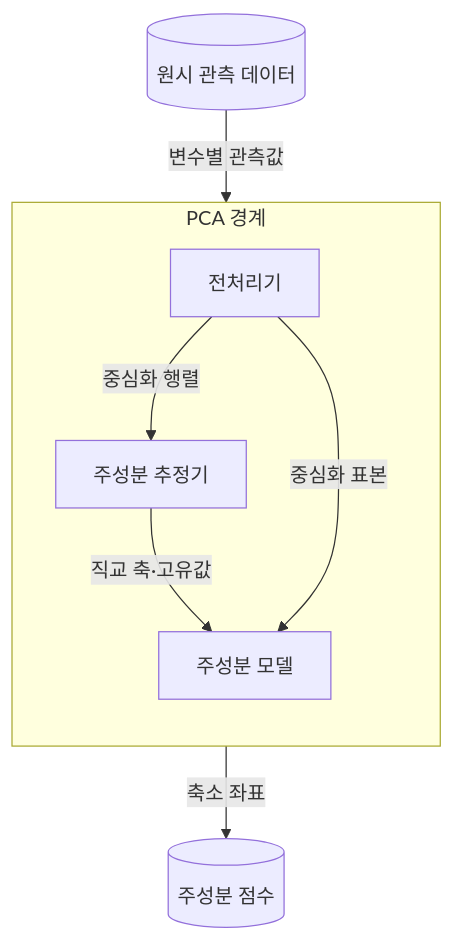
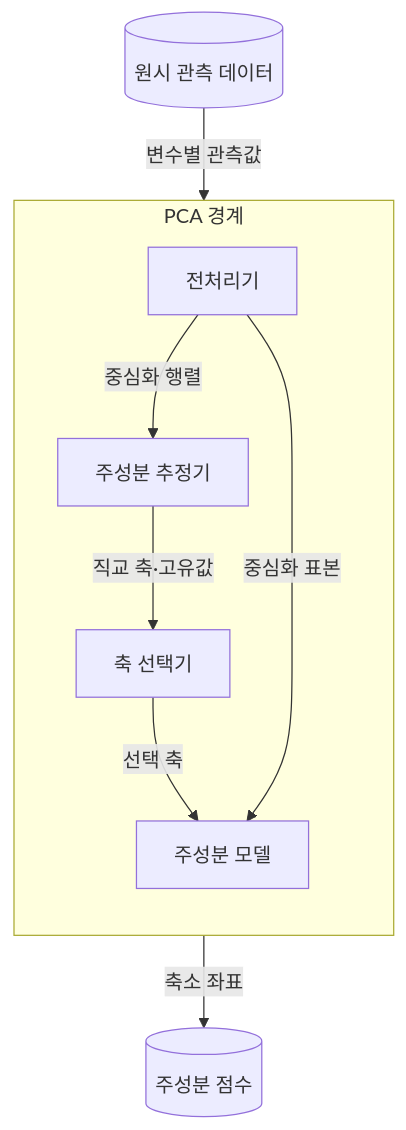
One commit to agnusdei1207/knowledge-base changed the second of 3 diagrams in src/content/docs/notes/01-basic-theory/036_pca.md. Above: the diagram before and after it, drawn with Mermaid. The commit also changed other lines of this file and 10 other files, not shown here.

````diff
--- a/src/content/docs/notes/01-basic-theory/036_pca.md
+++ b/src/content/docs/notes/01-basic-theory/036_pca.md
@@ -83,16 +85,18 @@
 ```mermaid
 flowchart TB
     R[(원시 관측 데이터)]
     S[(주성분 점수)]
     subgraph PC[PCA 경계]
         direction TB
         T[전처리기]
         E[주성분 추정기]
+        K[축 선택기]
         M[주성분 모델]
         T -->|중심화 행렬| E
-        E -->|직교 축·고유값| M
+        E -->|직교 축·고유값| K
+        K -->|선택 축| M
         T -->|중심화 표본| M
     end
     R -->|변수별 관측값| T
     M -->|축소 좌표| S
 ```
````
